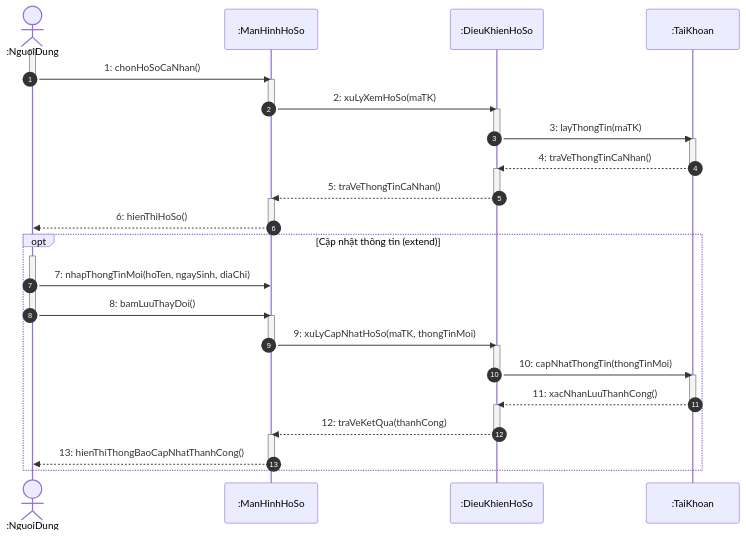
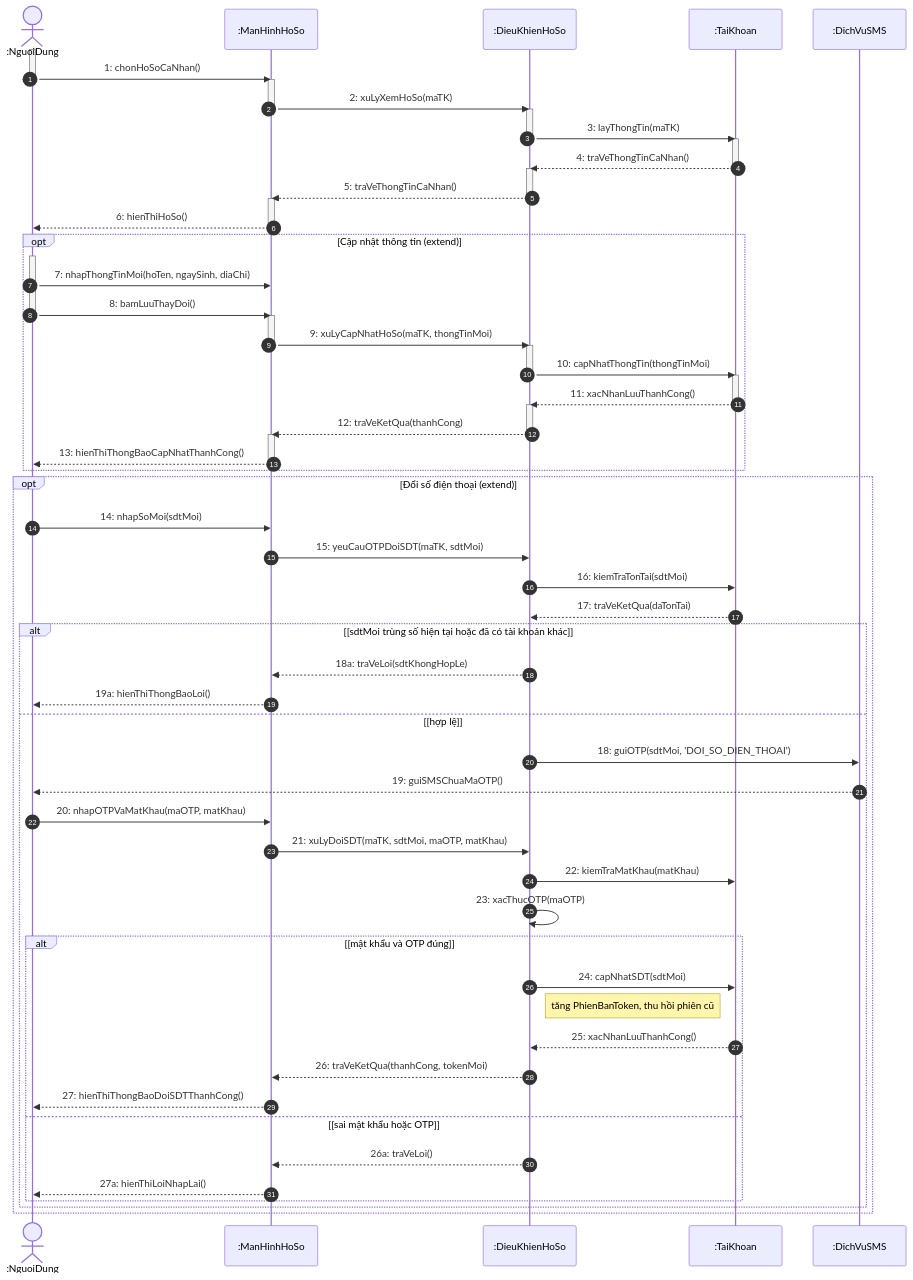
Diagram 12 of 20 in docs/sequence/Sequence_diagram.md (Longcodepro/Project_OOAD_HK1_2026-2027), drawn with Mermaid before and after one commit. The commit also changed other lines of this file and 3 other files, not shown here.

Commit message:
docs(diagram): cập nhật RDM, sơ đồ lớp và tuần tự theo phần đã làm thêm

````diff
--- a/docs/sequence/Sequence_diagram.md
+++ b/docs/sequence/Sequence_diagram.md
@@ -920,6 +937,7 @@
     participant MH as :ManHinhHoSo
     participant DK as :DieuKhienHoSo
     participant TK as :TaiKhoan
+    participant SMS as :DichVuSMS
 
     %% Luồng 1: Xem hồ sơ cá nhân
     activate ND
@@ -965,4 +983,33 @@
         MH -->> ND: 13: hienThiThongBaoCapNhatThanhCong()
         deactivate MH
     end
+
+    %% Luồng 3: Đổi số điện thoại (OTP gửi tới số mới)
+    opt Đổi số điện thoại (extend)
+        ND ->> MH: 14: nhapSoMoi(sdtMoi)
+        MH ->> DK: 15: yeuCauOTPDoiSDT(maTK, sdtMoi)
+        DK ->> TK: 16: kiemTraTonTai(sdtMoi)
+        TK -->> DK: 17: traVeKetQua(daTonTai)
+        alt [sdtMoi trùng số hiện tại hoặc đã có tài khoản khác]
+            DK -->> MH: 18a: traVeLoi(sdtKhongHopLe)
+            MH -->> ND: 19a: hienThiThongBaoLoi()
+        else [hợp lệ]
+            DK ->> SMS: 18: guiOTP(sdtMoi, 'DOI_SO_DIEN_THOAI')
+            SMS -->> ND: 19: guiSMSChuaMaOTP()
+            ND ->> MH: 20: nhapOTPVaMatKhau(maOTP, matKhau)
+            MH ->> DK: 21: xuLyDoiSDT(maTK, sdtMoi, maOTP, matKhau)
+            DK ->> TK: 22: kiemTraMatKhau(matKhau)
+            DK ->> DK: 23: xacThucOTP(maOTP)
+            alt [mật khẩu và OTP đúng]
+                DK ->> TK: 24: capNhatSDT(sdtMoi)
+                Note right of DK: tăng PhienBanToken, thu hồi phiên cũ
+                TK -->> DK: 25: xacNhanLuuThanhCong()
+                DK -->> MH: 26: traVeKetQua(thanhCong, tokenMoi)
+                MH -->> ND: 27: hienThiThongBaoDoiSDTThanhCong()
+            else [sai mật khẩu hoặc OTP]
+                DK -->> MH: 26a: traVeLoi()
+                MH -->> ND: 27a: hienThiLoiNhapLai()
+            end
+        end
+    end
 ```
````
